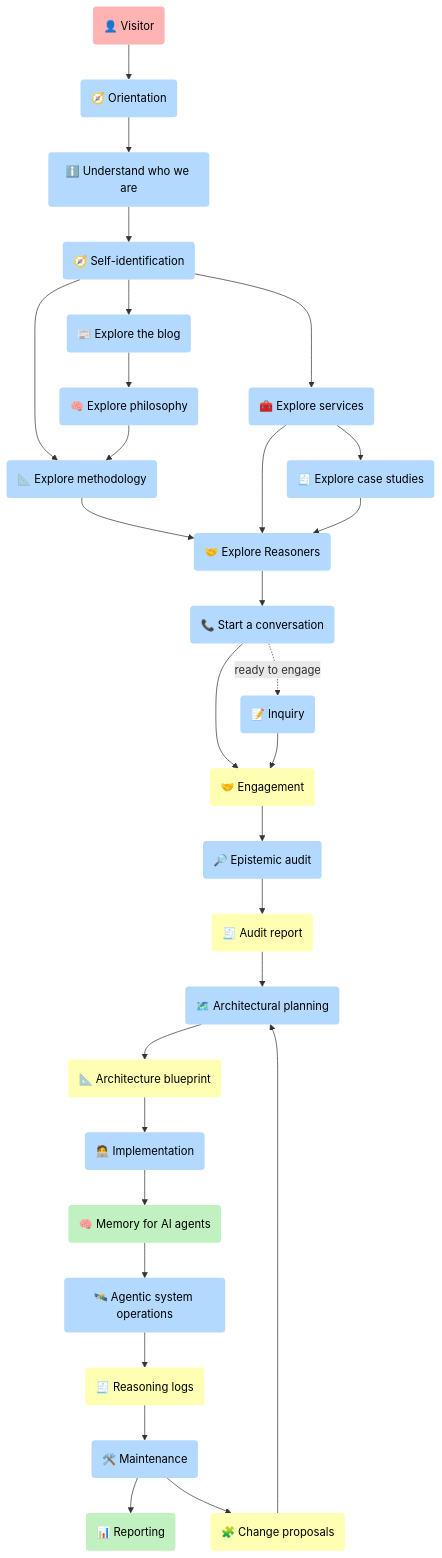
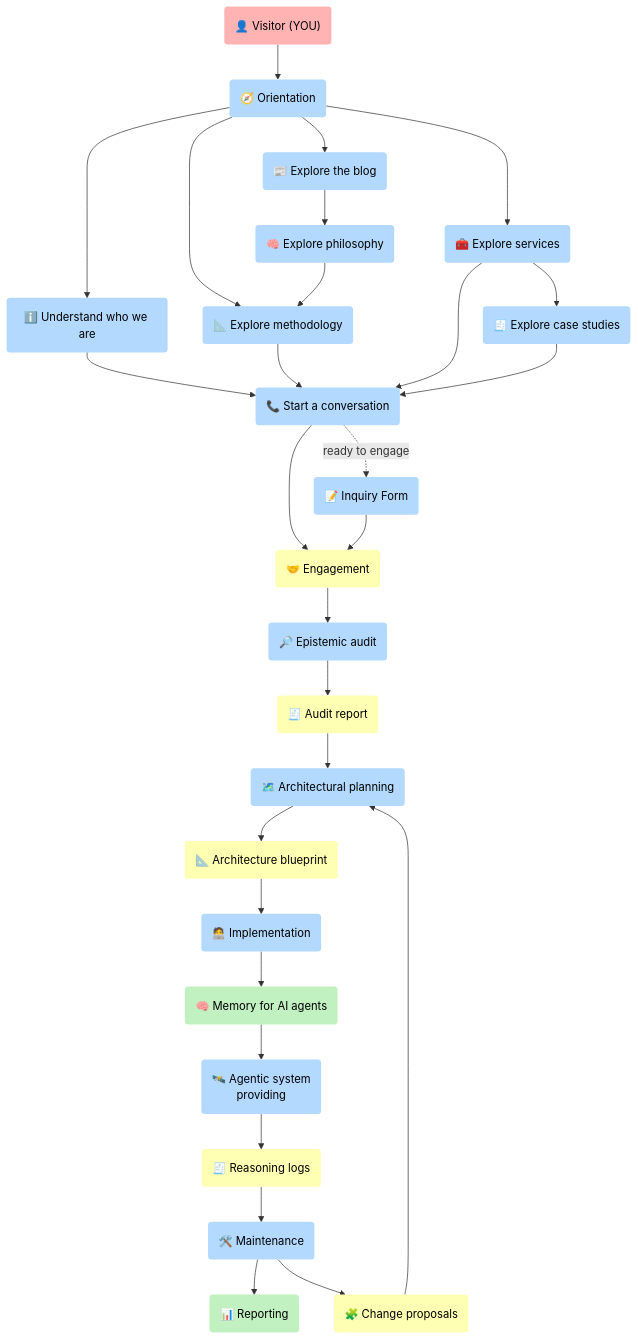
One commit to 5Reasons/5reasons.github.io changed the first of 5 diagrams in docs/index.md. Above: the diagram before and after it, drawn with Mermaid. The commit also changed other lines of this file and 3 other files, not shown here.

```diff
--- a/docs/index.md
+++ b/docs/index.md
@@ -37,36 +38,30 @@
 classDef o fill:#C1F0C1,stroke-width:0px,color:#000;
 
 %% Entry
-S_Visitor("👤 Visitor"):::s
+S_Visitor("👤 Visitor (YOU)"):::s
 P_Orient("🧭 Orientation"):::p
 P_About("ℹ️ Understand who we are"):::p
-P_Ident("🧭 Self-identification"):::p
 
-S_Visitor --> P_Orient --> P_About --> P_Ident
+S_Visitor --> P_Orient --> P_About
 
 %% Home subpage (key conversion)
-P_Inquiry("📝 Inquiry"):::p
+P_Inquiry("📝 Inquiry Form"):::p
 P_Contact -. "ready to engage" .-> P_Inquiry
 
 %% Top-tab processes (each opens a top-level tab)
 P_Services("🧰 Explore services"):::p
 P_Methodology("📐 Explore methodology"):::p
 P_Philosophy("🧠 Explore philosophy"):::p
-P_Reasoners("🤝 Explore Reasoners"):::p
 P_CaseStudies("🧾 Explore case studies"):::p
 P_Blog("📰 Explore the blog"):::p
 
 %% Minimal mental dependencies (no duplication of detailed role diagrams)
-P_Ident --> P_Services
-P_Ident --> P_Methodology
-P_Ident --> P_Blog
+P_Orient --> P_Services
+P_Orient --> P_Methodology
+P_Orient --> P_Blog
 
 P_Blog --> P_Philosophy
 P_Philosophy --> P_Methodology
-
-P_Methodology --> P_Reasoners
-P_Services --> P_Reasoners
-P_CaseStudies --> P_Reasoners
 
 P_Services --> P_CaseStudies
 
@@ -74,7 +69,10 @@
 P_Contact("📞 Start a conversation"):::p
 R_Engage("🤝 Engagement"):::r
 
-P_Reasoners --> P_Contact --> R_Engage
+P_About --> P_Contact --> R_Engage
+P_Methodology --> P_Contact
+P_Services --> P_Contact
+P_CaseStudies --> P_Contact
 P_Inquiry --> R_Engage
 
 %% Delivery lifecycle (high-level)
@@ -84,7 +82,7 @@
 R_Blueprint("📐 Architecture blueprint"):::r
 P_Impl("🧑‍💻 Implementation"):::p
 O_Memory("🧠 Memory for AI agents"):::o
-P_Ops("🛰️ Agentic system operations"):::p
+P_Ops("🛰️ Agentic system<br>providing"):::p
 R_Logs("🧾 Reasoning logs"):::r
 P_Maint("🛠️ Maintenance"):::p
 O_Reporting("📊 Reporting"):::o
@@ -96,14 +94,12 @@
 
 %% Links (process → detailed explanation)
 click P_Orient "/home/start-here/" "Start Here"
-click P_Ident "/home/start-here/#choose-your-role" "Choose your role"
 click P_Inquiry "/home/inquiry/" "Inquiry"
 click P_About "/reasoners/about/" "About"
 
 click P_Services "/services/" "Services"
 click P_Methodology "/methodology/" "Methodology"
 click P_Philosophy "/philosophy/" "Philosophy"
-click P_Reasoners "/reasoners/" "Reasoners"
 click P_CaseStudies "/case-studies/" "Case Studies"
 click P_Blog "/blog/" "Blog"
 
```
